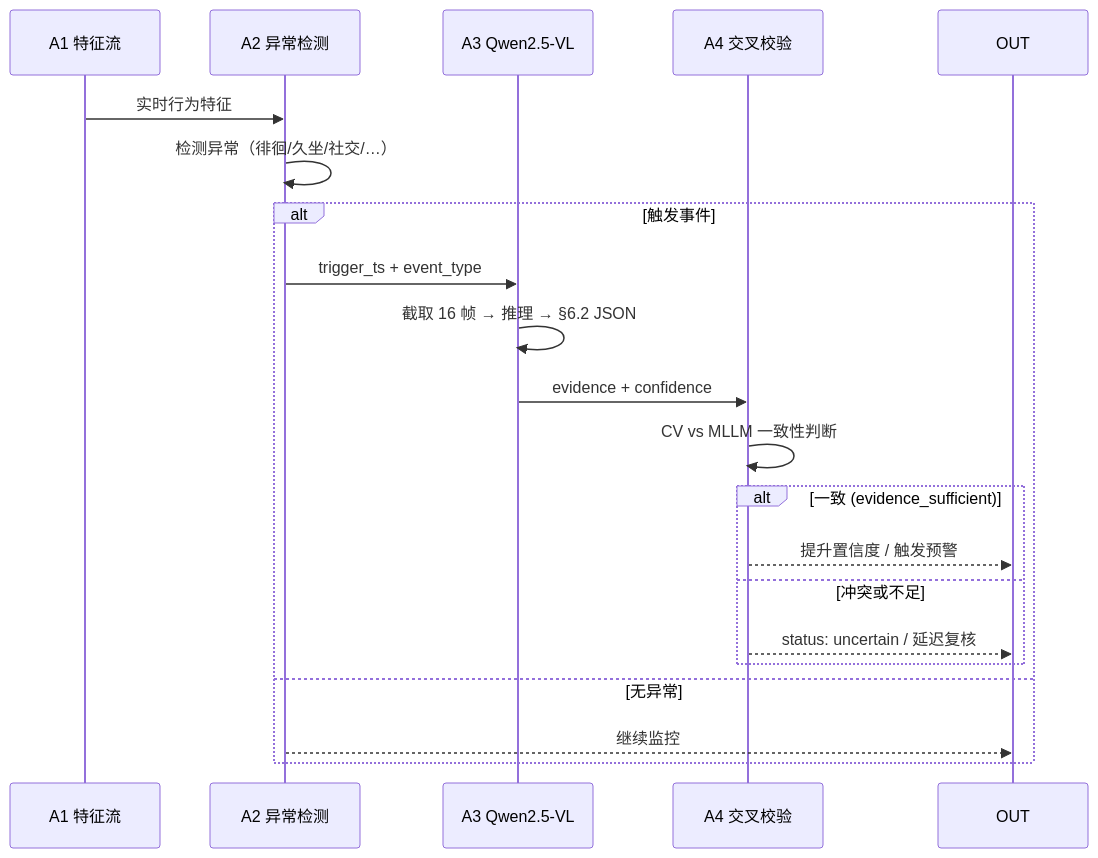
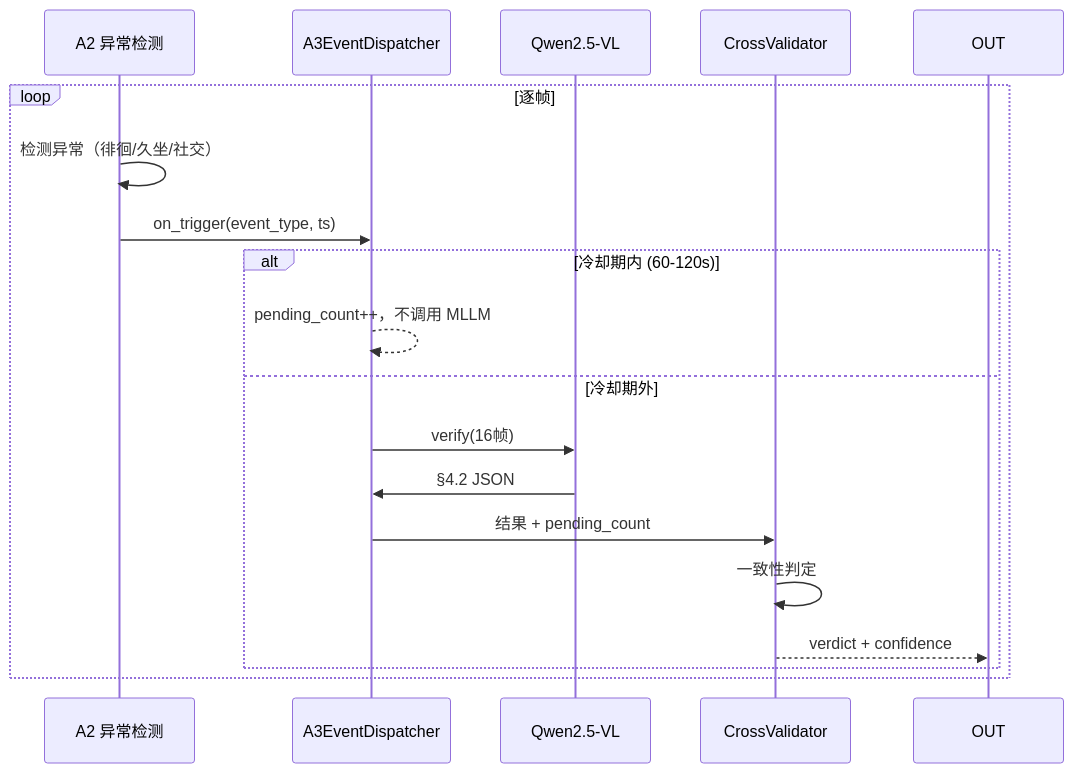
One commit to nexipher/psychology_video_project changed the second of 2 diagrams in README.md. Above: the diagram before and after it, drawn with Mermaid. The commit also changed other lines of this file and 1 other file, not shown here.

````diff
--- a/README.md
+++ b/README.md
@@ -90,23 +86,21 @@
 ```mermaid
 sequenceDiagram
-    participant A1 as A1 特征流
     participant A2 as A2 异常检测
-    participant A3 as A3 Qwen2.5-VL
-    participant A4 as A4 交叉校验
+    participant DP as A3EventDispatcher
+    participant A3 as Qwen2.5-VL
+    participant A4 as CrossValidator
 
-    A1->>A2: 实时行为特征
-    A2->>A2: 检测异常（徘徊/久坐/社交/…）
-    alt 触发事件
-        A2->>A3: trigger_ts + event_type
-        A3->>A3: 截取 16 帧 → 推理 → §6.2 JSON
-        A3->>A4: evidence + confidence
-        A4->>A4: CV vs MLLM 一致性判断
-        alt 一致 (evidence_sufficient)
-            A4-->>OUT: 提升置信度 / 触发预警
-        else 冲突或不足
-            A4-->>OUT: status: uncertain / 延迟复核
+    loop 逐帧
+        A2->>A2: 检测异常（徘徊/久坐/社交）
+        A2->>DP: on_trigger(event_type, ts)
+        alt 冷却期内 (60-120s)
+            DP-->>DP: pending_count++，不调用 MLLM
+        else 冷却期外
+            DP->>A3: verify(16帧)
+            A3->>DP: §4.2 JSON
+            DP->>A4: 结果 + pending_count
+            A4->>A4: 一致性判定
+            A4-->>OUT: verdict + confidence
         end
-    else 无异常
-        A2-->>OUT: 继续监控
     end
 ```
````
